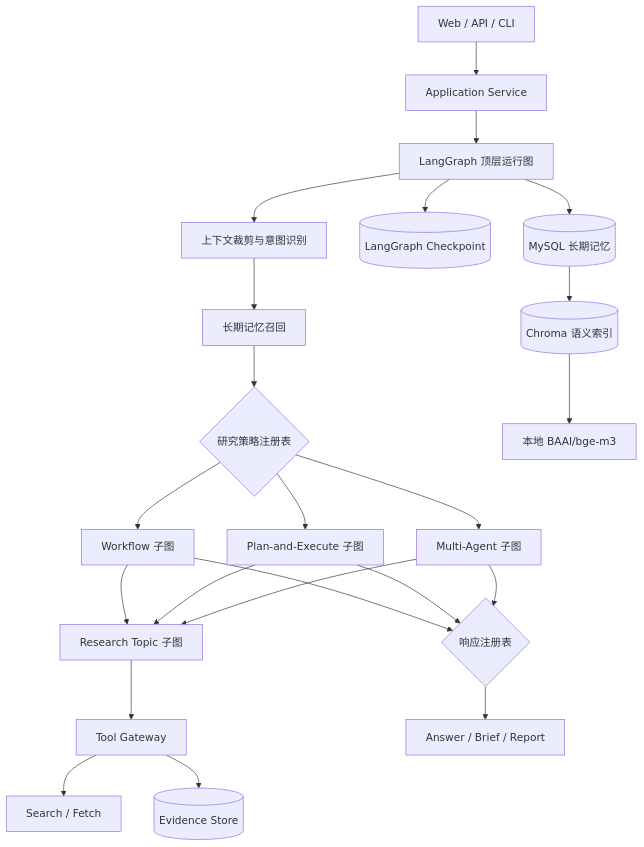
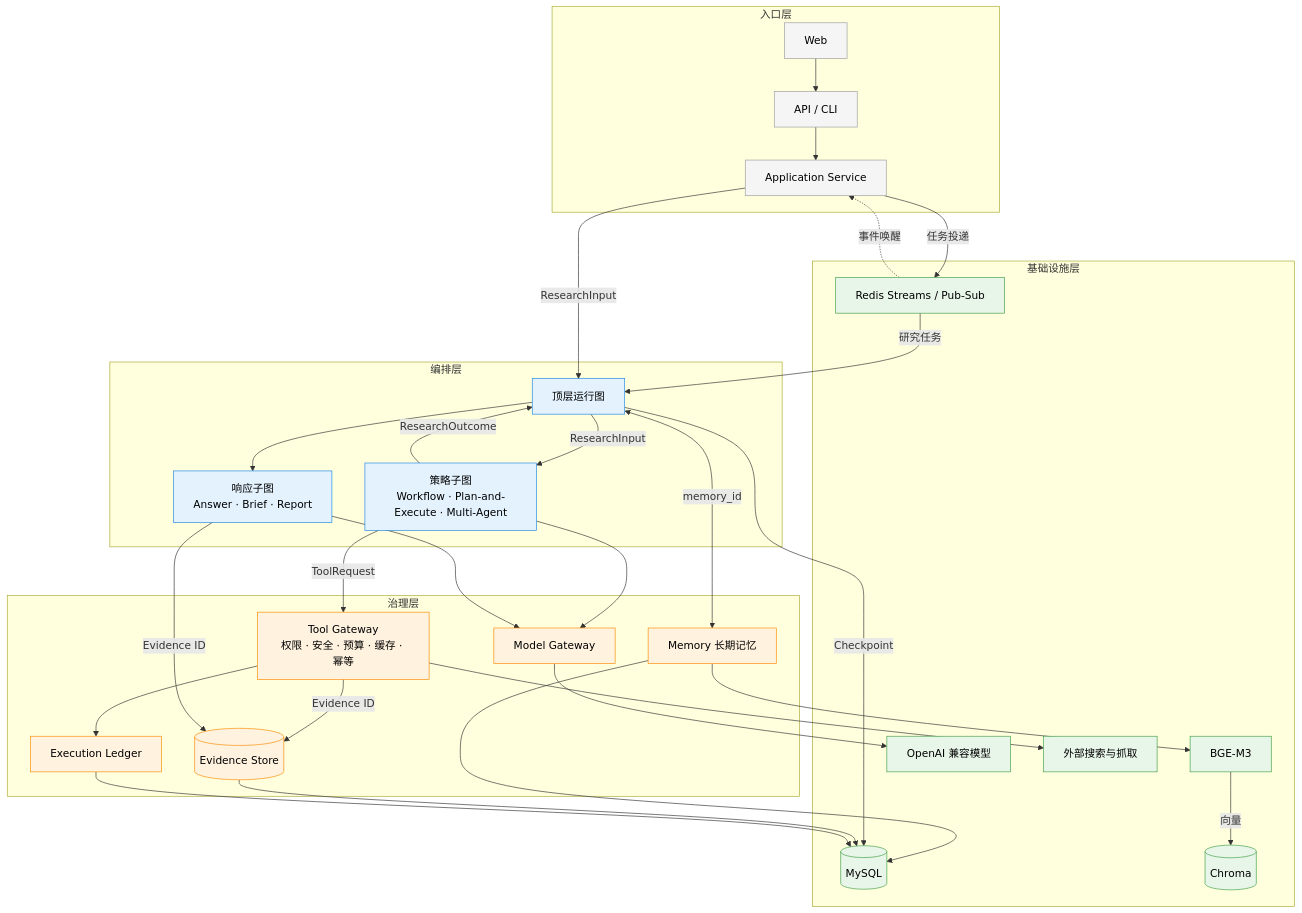
The diagram in README.md (1785454358/agent), drawn with Mermaid before and after one commit. The commit also changed other lines of this file, not shown here.

Commit message:
docs: align readme architecture diagram with portfolio guide
Use the four-layer view with ownership colors and key-object edge labels, and highlight tool governance and recovery semantics in the memory section.

````diff
--- a/README.md
+++ b/README.md
@@ -9,25 +9,64 @@
 ```mermaid
 flowchart TB
-    Client[Web / API / CLI] --> App[Application Service]
-    App --> Runtime[LangGraph 顶层运行图]
-    Runtime --> Context[上下文裁剪与意图识别]
-    Context --> Recall[长期记忆召回]
-    Recall --> Registry{研究策略注册表}
-    Registry --> W[Workflow 子图]
-    Registry --> P[Plan-and-Execute 子图]
-    Registry --> M[Multi-Agent 子图]
-    W --> Topic[Research Topic 子图]
-    P --> Topic
-    M --> Topic
-    Topic --> Gateway[Tool Gateway]
-    Gateway --> Search[Search / Fetch]
-    Gateway --> Evidence[(Evidence Store)]
-    W --> Response{响应注册表}
-    P --> Response
-    M --> Response
-    Response --> Answer[Answer / Brief / Report]
-    Runtime --> Checkpoint[(LangGraph Checkpoint)]
-    Runtime --> Memory[(MySQL 长期记忆)]
-    Memory --> Vector[(Chroma 语义索引)]
-    Vector --> BGE[本地 BAAI/bge-m3]
+    subgraph Entry[入口层]
+        Web[Web]
+        Api["API / CLI"]
+        App[Application Service]
+    end
+
+    subgraph Orchestration[编排层]
+        Runtime[顶层运行图]
+        Strategies["策略子图<br/>Workflow · Plan-and-Execute · Multi-Agent"]
+        Response["响应子图<br/>Answer · Brief · Report"]
+    end
+
+    subgraph Governance[治理层]
+        ModelGateway[Model Gateway]
+        ToolGateway["Tool Gateway<br/>权限 · 安全 · 预算 · 缓存 · 幂等"]
+        Evidence[(Evidence Store)]
+        Memory[Memory 长期记忆]
+        Ledger[Execution Ledger]
+    end
+
+    subgraph Infrastructure[基础设施层]
+        MySQL[(MySQL)]
+        Redis["Redis Streams / Pub-Sub"]
+        Chroma[(Chroma)]
+        Bge[BGE-M3]
+        Provider["OpenAI 兼容模型"]
+        Search[外部搜索与抓取]
+    end
+
+    Web --> Api --> App
+    App -->|ResearchInput| Runtime
+    App -->|任务投递| Redis
+    Redis -->|研究任务| Runtime
+    Redis -.->|事件唤醒| App
+    Runtime -->|ResearchInput| Strategies
+    Strategies -->|ResearchOutcome| Runtime
+    Runtime --> Response
+    Strategies -->|ToolRequest| ToolGateway
+    Strategies --> ModelGateway
+    Response --> ModelGateway
+    ModelGateway --> Provider
+    ToolGateway --> Search
+    ToolGateway --> Ledger
+    ToolGateway -->|Evidence ID| Evidence
+    Response -->|Evidence ID| Evidence
+    Runtime <-->|memory_id| Memory
+    Memory --> MySQL
+    Memory --> Bge
+    Bge -->|向量| Chroma
+    Runtime -->|Checkpoint| MySQL
+    Evidence --> MySQL
+    Ledger --> MySQL
+
+    classDef entry fill:#F5F5F5,stroke:#9E9E9E,color:#000000
+    classDef orchestration fill:#E3F2FD,stroke:#1E88E5,color:#000000
+    classDef governance fill:#FFF3E0,stroke:#FB8C00,color:#000000
+    classDef infra fill:#E8F5E9,stroke:#43A047,color:#000000
+    class Web,Api,App entry
+    class Runtime,Strategies,Response orchestration
+    class ModelGateway,ToolGateway,Evidence,Memory,Ledger governance
+    class MySQL,Redis,Chroma,Bge,Provider,Search infra
 ```
````
